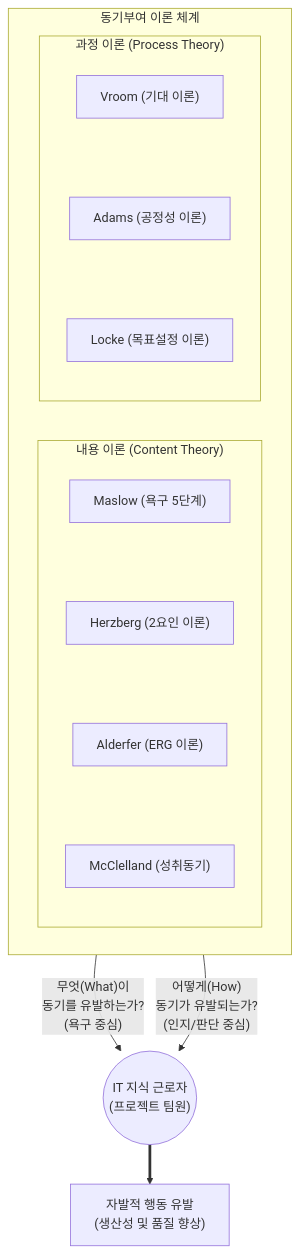
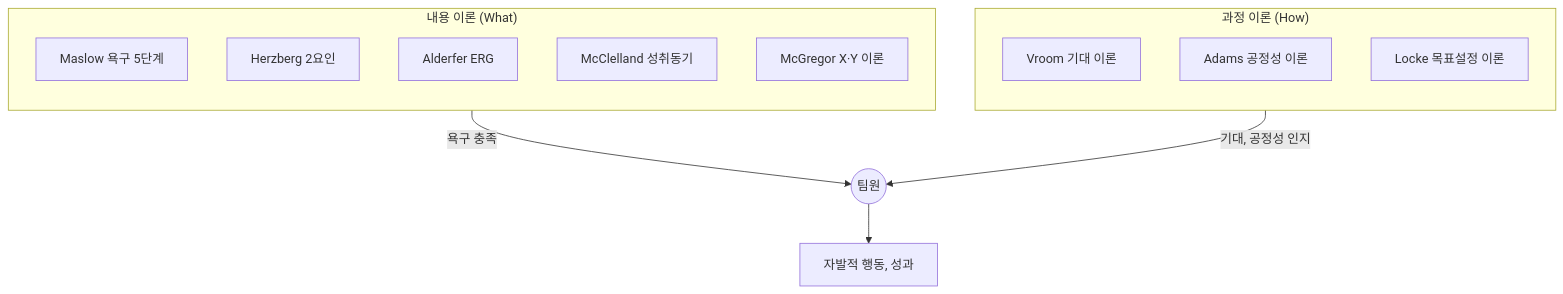
One commit to supremethumb/supremethumb.github.io changed the diagram in content/01_IT Tech/동기부여 이론.md. Above: the diagram before and after it, drawn with Mermaid. The commit also changed other lines of this file and 1087 other files, not shown here.

````diff
--- a/content/01_IT Tech/동기부여 이론.md
+++ b/content/01_IT Tech/동기부여 이론.md
@@ -27,32 +34,20 @@
 ```mermaid
 flowchart TB
-    subgraph Motivation_Theories ["동기부여 이론 체계"]
-        direction LR
-        
-        subgraph Content ["내용 이론 (Content Theory)"]
-            direction TB
-            C1["Maslow (욕구 5단계)"]
-            C2["Herzberg (2요인 이론)"]
-            C3["Alderfer (ERG 이론)"]
-            C4["McClelland (성취동기)"]
-            C1 ~~~ C2 ~~~ C3 ~~~ C4
-        end
-        
-        subgraph Process ["과정 이론 (Process Theory)"]
-            direction TB
-            P1["Vroom (기대 이론)"]
-            P2["Adams (공정성 이론)"]
-            P3["Locke (목표설정 이론)"]
-            P1 ~~~ P2 ~~~ P3
-        end
+    subgraph CT ["내용 이론 (What)"]
+        direction TB
+        C1["Maslow 욕구 5단계"]
+        C2["Herzberg 2요인"]
+        C3["Alderfer ERG"]
+        C4["McClelland 성취동기"]
+        C5["McGregor X·Y 이론"]
     end
-
-    User(("IT 지식 근로자<br/>(프로젝트 팀원)"))
-    Action["자발적 행동 유발<br/>(생산성 및 품질 향상)"]
-
-    Content -- "무엇(What)이<br/>동기를 유발하는가?<br/>(욕구 중심)" --> User
-    Process -- "어떻게(How)<br/>동기가 유발되는가?<br/>(인지/판단 중심)" --> User
-    
-    User ==> Action
-
+    subgraph PT ["과정 이론 (How)"]
+        direction TB
+        P1["Vroom 기대 이론"]
+        P2["Adams 공정성 이론"]
+        P3["Locke 목표설정 이론"]
+    end
+    U(("팀원")) --> A["자발적 행동, 성과"]
+    CT -->|"욕구 충족"| U
+    PT -->|"기대, 공정성 인지"| U
 ```
````
